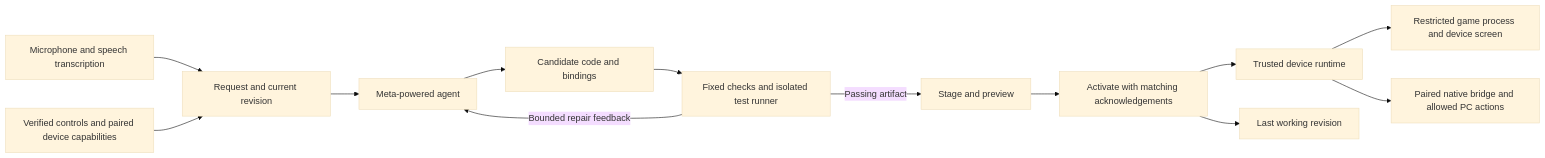
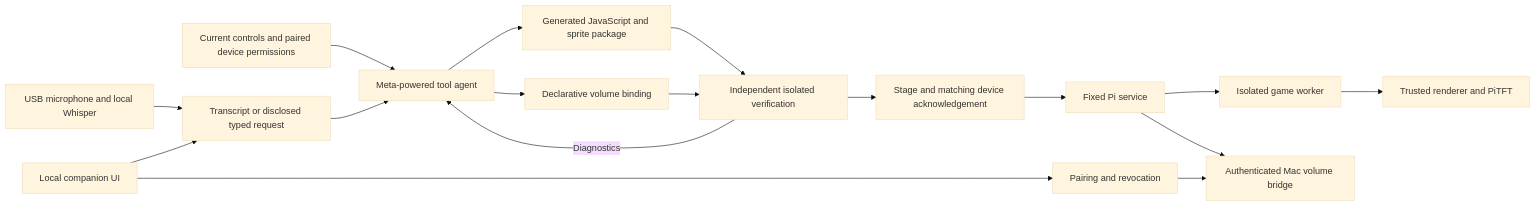
One commit to Divyesh-Thirukonda/cruise changed the diagram in context/architecture.md. Above: the diagram before and after it, drawn with Mermaid (base theme). The commit also changed other lines of this file and 13 other files, not shown here.

````diff
--- a/context/architecture.md
+++ b/context/architecture.md
@@ -15,15 +7,19 @@
 ```mermaid
 flowchart LR
-    V[Microphone and speech transcription] --> Q[Request and current revision]
-    C[Verified controls and paired device capabilities] --> Q
-    Q --> M[Meta-powered agent]
-    M --> G[Candidate code and bindings]
-    G --> T[Fixed checks and isolated test runner]
-    T -->|Bounded repair feedback| M
-    T -->|Passing artifact| S[Stage and preview]
-    S --> A[Activate with matching acknowledgements]
-    A --> R[Trusted device runtime]
-    R --> X[Restricted game process and device screen]
-    R --> B[Paired native bridge and allowed PC actions]
-    A --> K[Last working revision]
+    V[USB microphone and local Whisper] --> Q[Transcript or disclosed typed request]
+    C[Current controls and paired device permissions] --> M[Meta-powered tool agent]
+    Q --> M
+    M --> G[Generated JavaScript and sprite package]
+    M --> B[Declarative volume binding]
+    G --> T[Independent isolated verification]
+    B --> T
+    T -->|Diagnostics| M
+    T --> A[Stage and matching device acknowledgement]
+    A --> R[Fixed Pi service]
+    R --> J[Isolated game worker]
+    J --> D[Trusted renderer and PiTFT]
+    R --> H[Authenticated Mac volume bridge]
+    U[Local companion UI] --> Q
+    U --> P[Pairing and revocation]
+    P --> H
 ```
````
